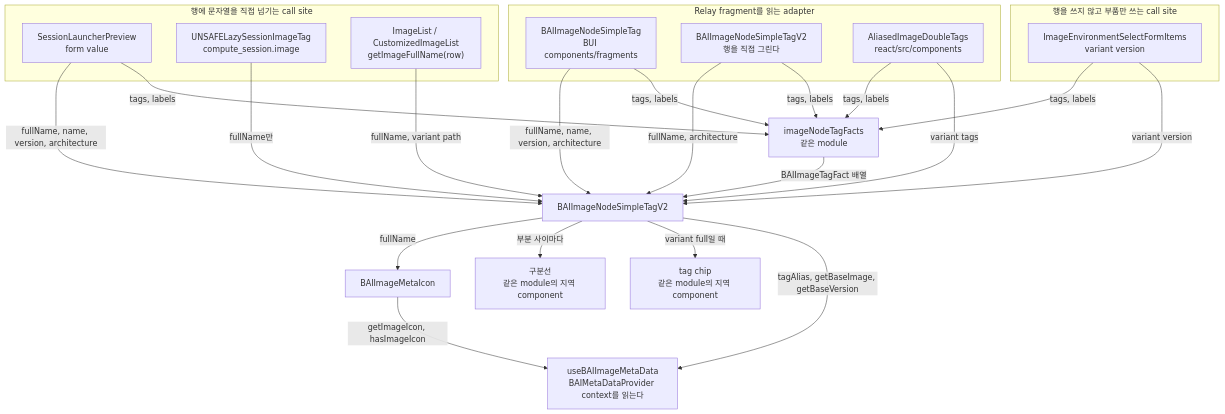
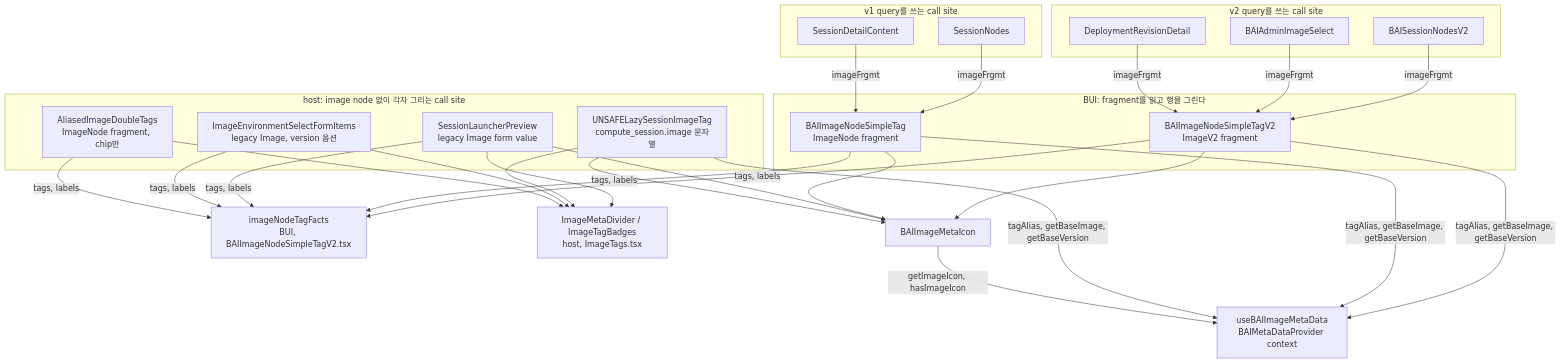
Before and after one commit to lablup/backend.ai-webui: the diagram in docs/adr/0004-container-image-meta-row.md, drawn with Mermaid. The commit also changed other lines of this file and 26 other files, not shown here.

First line of the commit message:
refactor(FR-3182): give the v2 image row the v1 prop surface

````diff
--- a/docs/adr/0004-container-image-meta-row.md
+++ b/docs/adr/0004-container-image-meta-row.md
@@ -37,41 +39,35 @@
 ```mermaid
 flowchart TB
-  subgraph schema["Relay fragment를 읽는 adapter"]
-    v1["BAIImageNodeSimpleTag<br/>BUI components/fragments"]
-    v2["BAIImageNodeSimpleTagV2<br/>행을 직접 그린다"]
-    tagsOnly["AliasedImageDoubleTags<br/>react/src/components"]
+  subgraph bui["BUI: fragment를 읽고 행을 그린다"]
+    v2["BAIImageNodeSimpleTagV2<br/>ImageV2 fragment"]
+    v1["BAIImageNodeSimpleTag<br/>ImageNode fragment"]
   end
-  subgraph plain["행에 문자열을 직접 넘기는 call site"]
-    launcher["SessionLauncherPreview<br/>form value"]
-    lazy["UNSAFELazySessionImageTag<br/>compute_session.image"]
-    lists["ImageList / CustomizedImageList<br/>getImageFullName(row)"]
+  subgraph v2callers["v2 query를 쓰는 call site"]
+    sessionsV2["BAISessionNodesV2"]
+    adminPicker["BAIAdminImageSelect"]
+    revision["DeploymentRevisionDetail"]
   end
-  subgraph rowless["행을 쓰지 않고 부품만 쓰는 call site"]
-    envSelect["ImageEnvironmentSelectFormItems<br/>variant version"]
+  subgraph v1callers["v1 query를 쓰는 call site"]
+    sessions["SessionNodes"]
+    detail["SessionDetailContent"]
   end
-  facts["imageNodeTagFacts<br/>같은 module"]
-  row["BAIImageNodeSimpleTagV2"]
+  subgraph host["host: image node 없이 각자 그리는 call site"]
+    launcher["SessionLauncherPreview<br/>legacy Image form value"]
+    lazy["UNSAFELazySessionImageTag<br/>compute_session.image 문자열"]
+    envSelect["ImageEnvironmentSelectFormItems<br/>legacy Image, version 옵션"]
+    tagsOnly["AliasedImageDoubleTags<br/>ImageNode fragment, chip만"]
+  end
+  facts["imageNodeTagFacts<br/>BUI, BAIImageNodeSimpleTagV2.tsx"]
+  parts["ImageMetaDivider / ImageTagBadges<br/>host, ImageTags.tsx"]
   icon["BAIImageMetaIcon"]
-  divider["구분선<br/>같은 module의 지역 component"]
-  badges["tag chip<br/>같은 module의 지역 component"]
-  meta["useBAIImageMetaData<br/>BAIMetaDataProvider context를 읽는다"]
+  meta["useBAIImageMetaData<br/>BAIMetaDataProvider context"]
 
-  v1 -- "fullName, name, version, architecture" --> row
-  v2 -- "fullName, architecture" --> row
-  launcher -- "fullName, name, version, architecture" --> row
-  lazy -- "fullName만" --> row
-  lists -- "fullName, variant path" --> row
-  v1 -- "tags, labels" --> facts
-  v2 -- "tags, labels" --> facts
-  launcher -- "tags, labels" --> facts
-  tagsOnly -- "tags, labels" --> facts
-  tagsOnly -- "variant tags" --> row
-  envSelect -- "tags, labels" --> facts
-  envSelect -- "variant version" --> row
-  facts -- "BAIImageTagFact 배열" --> row
-  row -- "fullName" --> icon
-  row -- "부분 사이마다" --> divider
-  row -- "variant full일 때" --> badges
-  row -- "tagAlias, getBaseImage, getBaseVersion" --> meta
+  sessionsV2 & adminPicker & revision -- "imageFrgmt" --> v2
+  sessions & detail -- "imageFrgmt" --> v1
+  v2 & v1 -- "tags, labels" --> facts
+  launcher & envSelect & tagsOnly -- "tags, labels" --> facts
+  launcher & lazy & envSelect & tagsOnly --> parts
+  v2 & v1 & launcher & lazy --> icon
+  v2 & v1 & lazy -- "tagAlias, getBaseImage, getBaseVersion" --> meta
   icon -- "getImageIcon, hasImageIcon" --> meta
 ```
````
